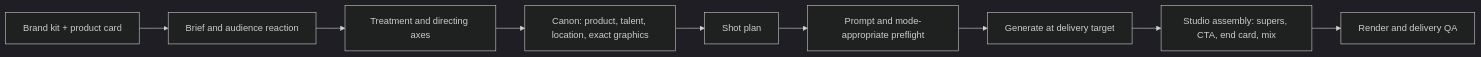
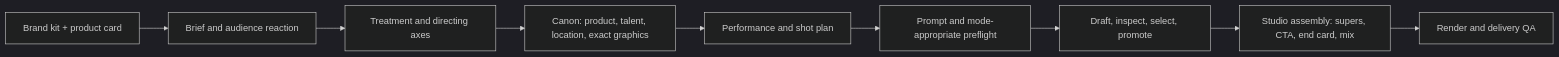
Before and after one commit to byteplus-sa/seed-marketing-studio: the first of 3 diagrams in README.md, drawn with Mermaid (dark theme). The commit also changed other lines of this file and 61 other files, not shown here.

````diff
--- a/README.md
+++ b/README.md
@@ -56,11 +56,11 @@
 ```mermaid
 flowchart LR
   K[Brand kit + product card] --> A[Brief and audience reaction]
   A --> B[Treatment and directing axes]
   B --> C[Canon: product, talent, location, exact graphics]
-  C --> D[Shot plan]
+  C --> D[Performance and shot plan]
   D --> E[Prompt and mode-appropriate preflight]
-  E --> G[Generate at delivery target]
+  E --> G[Draft, inspect, select, promote]
   G --> H[Studio assembly: supers, CTA, end card, mix]
   H --> I[Render and delivery QA]
 ```
````
